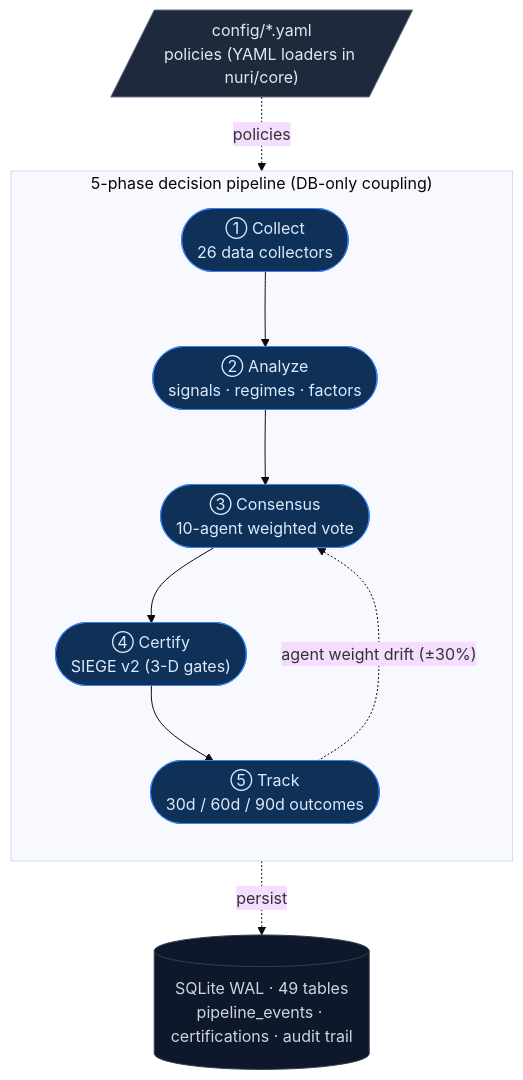
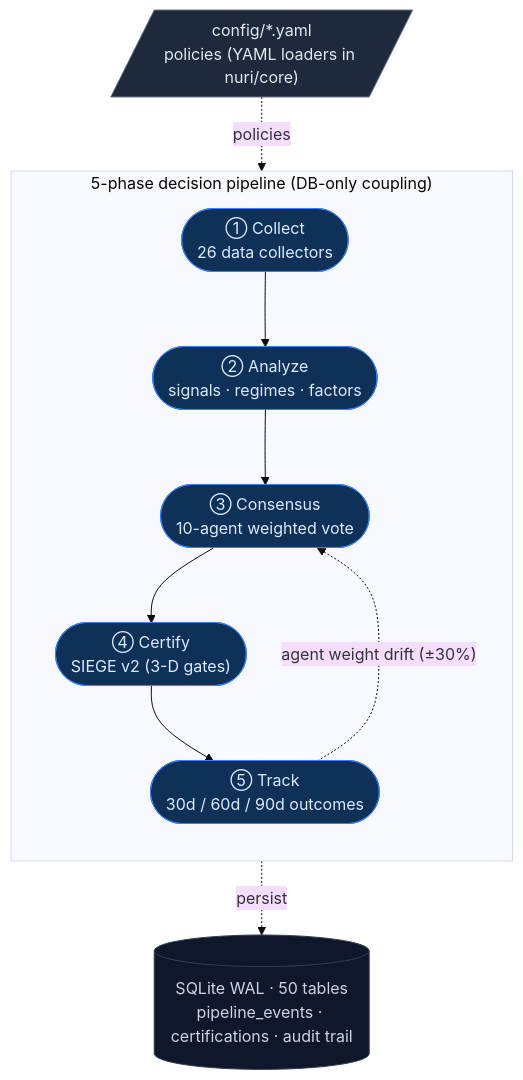
The diagram in README.md (researcherhojin/nuri-quant), drawn with Mermaid (base theme) before and after one commit. The commit also changed 2 other files, not shown here.

Commit message:
docs: sync test_files_be (193→195) + db_tables (49→50) for #518 phase 2a

````diff
--- a/README.md
+++ b/README.md
@@ -17,25 +17,25 @@
 ```mermaid
 flowchart TB
     CFG[/"config/*.yaml<br/>policies (YAML loaders in nuri/core)"/]:::source
 
     subgraph Pipeline["5-phase decision pipeline (DB-only coupling)"]
         direction TB
         A(["① Collect<br/>26 data collectors"]):::pipe
         B(["② Analyze<br/>signals · regimes · factors"]):::pipe
         C(["③ Consensus<br/>10-agent weighted vote"]):::pipe
         D(["④ Certify<br/>SIEGE v2 (3-D gates)"]):::pipe
         E(["⑤ Track<br/>30d / 60d / 90d outcomes"]):::pipe
 
         A --> B --> C --> D --> E
         E -. "agent weight drift (±30%)" .-> C
     end
 
-    DB[("SQLite WAL · 49 tables<br/>pipeline_events · certifications · audit trail")]:::sink
+    DB[("SQLite WAL · 50 tables<br/>pipeline_events · certifications · audit trail")]:::sink
 
     CFG -. policies .-> Pipeline
     Pipeline -. persist .-> DB
 
     classDef source fill:#1e293b,stroke:#64748b,color:#e2e8f0
     classDef pipe   fill:#0f3057,stroke:#3b82f6,color:#dbeafe
     classDef sink   fill:#0f172a,stroke:#334155,color:#cbd5e1
 ```
````
